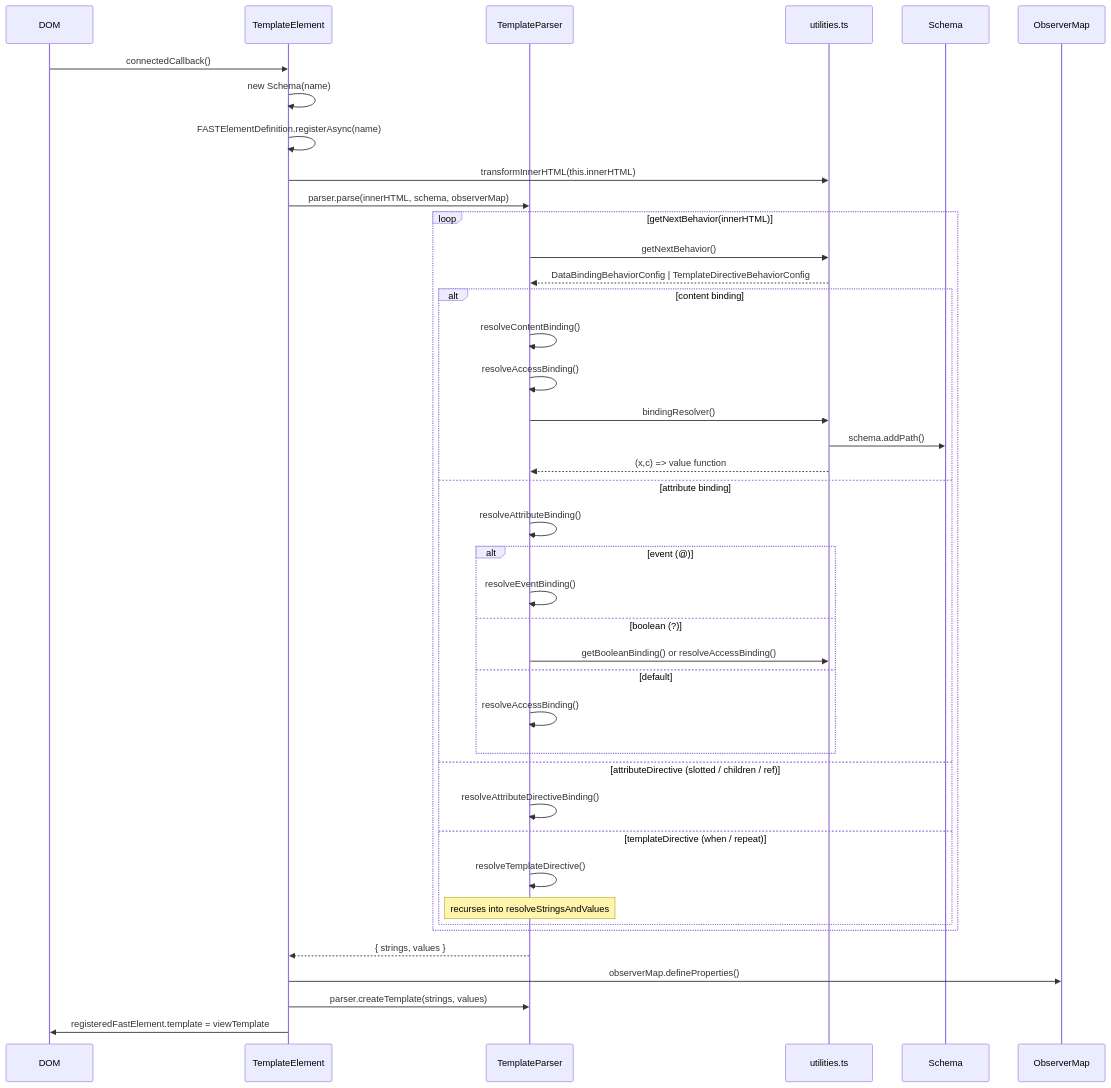
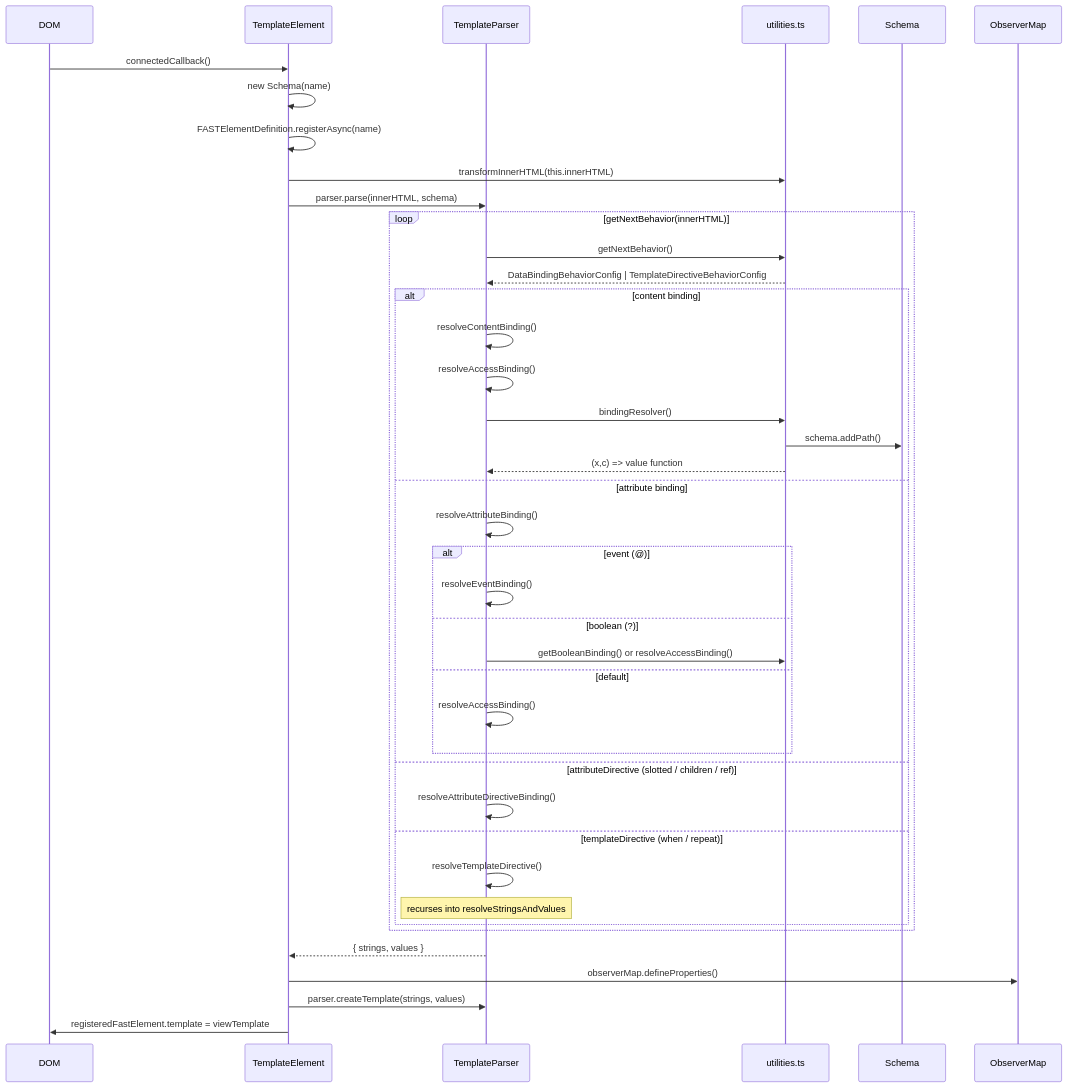
One commit to microsoft/fast changed the second of 4 diagrams in packages/fast-html/DESIGN.md. Above: the diagram before and after it, drawn with Mermaid. The commit also changed 3 other files, not shown here.

````diff
--- a/packages/fast-html/DESIGN.md
+++ b/packages/fast-html/DESIGN.md
@@ -272,44 +272,44 @@
 ```mermaid
 sequenceDiagram
     participant DOM
     participant TE as TemplateElement
     participant TP as TemplateParser
     participant U as utilities.ts
     participant S as Schema
     participant OM as ObserverMap
 
     DOM->>TE: connectedCallback()
     TE->>TE: new Schema(name)
     TE->>TE: FASTElementDefinition.registerAsync(name)
     TE->>U: transformInnerHTML(this.innerHTML)
-    TE->>TP: parser.parse(innerHTML, schema, observerMap)
+    TE->>TP: parser.parse(innerHTML, schema)
     loop getNextBehavior(innerHTML)
         TP->>U: getNextBehavior()
         U-->>TP: DataBindingBehaviorConfig | TemplateDirectiveBehaviorConfig
         alt content binding
             TP->>TP: resolveContentBinding()
             TP->>TP: resolveAccessBinding()
             TP->>U: bindingResolver()
             U->>S: schema.addPath()
             U-->>TP: (x,c) => value function
         else attribute binding
             TP->>TP: resolveAttributeBinding()
             alt event (@)
                 TP->>TP: resolveEventBinding()
             else boolean (?)
                 TP->>U: getBooleanBinding() or resolveAccessBinding()
             else default
                 TP->>TP: resolveAccessBinding()
             end
         else attributeDirective (slotted / children / ref)
             TP->>TP: resolveAttributeDirectiveBinding()
         else templateDirective (when / repeat)
             TP->>TP: resolveTemplateDirective()
             note over TP: recurses into resolveStringsAndValues
         end
     end
     TP-->>TE: { strings, values }
     TE->>OM: observerMap.defineProperties()
     TE->>TP: parser.createTemplate(strings, values)
     TE->>DOM: registeredFastElement.template = viewTemplate
 ```
````
